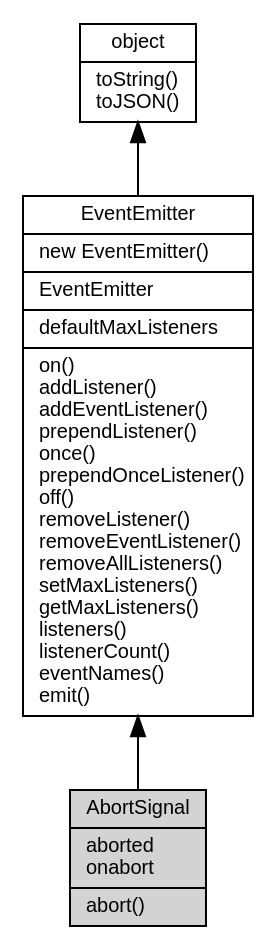
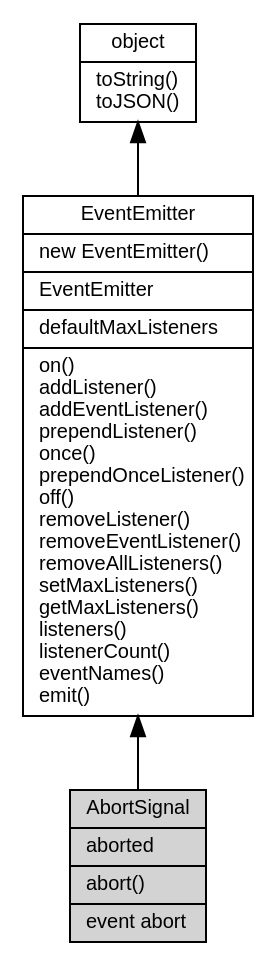
The diagram in docs/manual/object/ifs/AbortSignal.md (fibjs/fibjs.org), drawn with Graphviz before and after one commit. The commit also changed other lines of this file and 63 other files, not shown here.

````diff
--- a/docs/manual/object/ifs/AbortSignal.md
+++ b/docs/manual/object/ifs/AbortSignal.md
@@ -5,12 +5,12 @@
 ```dot
 digraph {
     node [fontname="Helvetica,sans-Serif", fontsize=10, shape="record", style="filled", fillcolor="white"];
 
     object [tooltip="object", URL="object.md", label="{object|toString()\ltoJSON()\l}"];
     EventEmitter [tooltip="EventEmitter", URL="EventEmitter.md", label="{EventEmitter|new EventEmitter()\l|EventEmitter\l|defaultMaxListeners\l|on()\laddListener()\laddEventListener()\lprependListener()\lonce()\lprependOnceListener()\loff()\lremoveListener()\lremoveEventListener()\lremoveAllListeners()\lsetMaxListeners()\lgetMaxListeners()\llisteners()\llistenerCount()\leventNames()\lemit()\l}"];
-    AbortSignal [tooltip="AbortSignal", fillcolor="lightgray", id="me", label="{AbortSignal|aborted\lonabort\l|abort()\l}"];
+    AbortSignal [tooltip="AbortSignal", fillcolor="lightgray", id="me", label="{AbortSignal|aborted\l|abort()\l|event abort\l}"];
 
     object -> EventEmitter [dir=back];
     EventEmitter -> AbortSignal [dir=back];
 }
 ```
````
